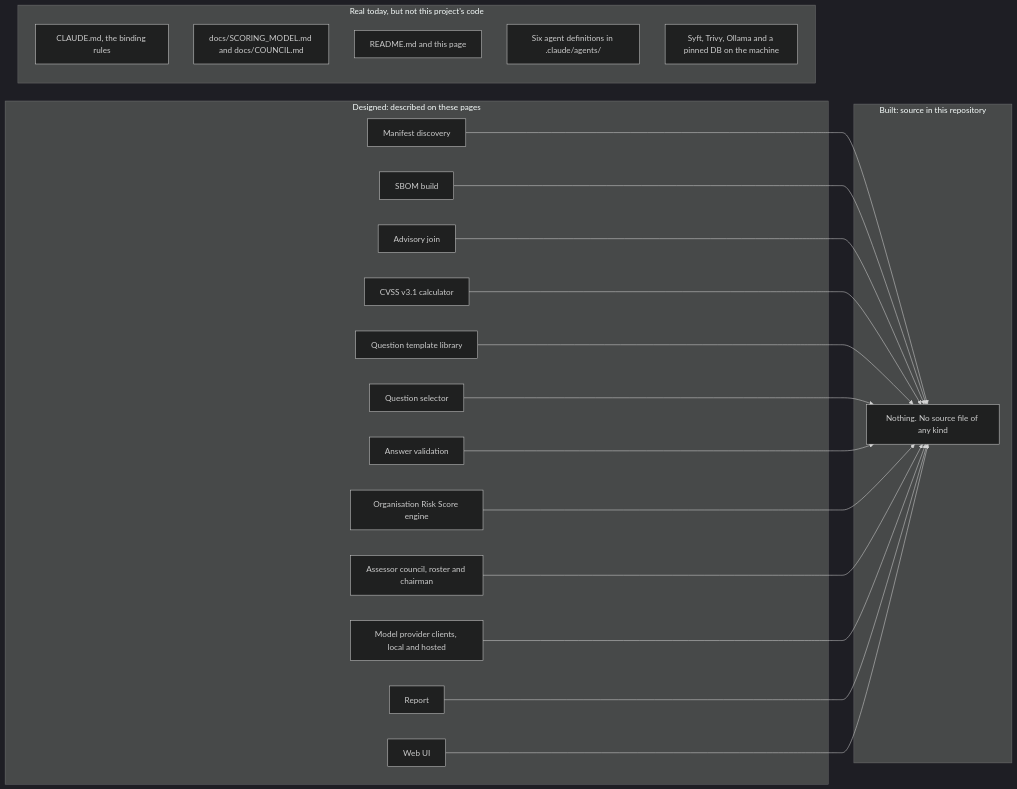
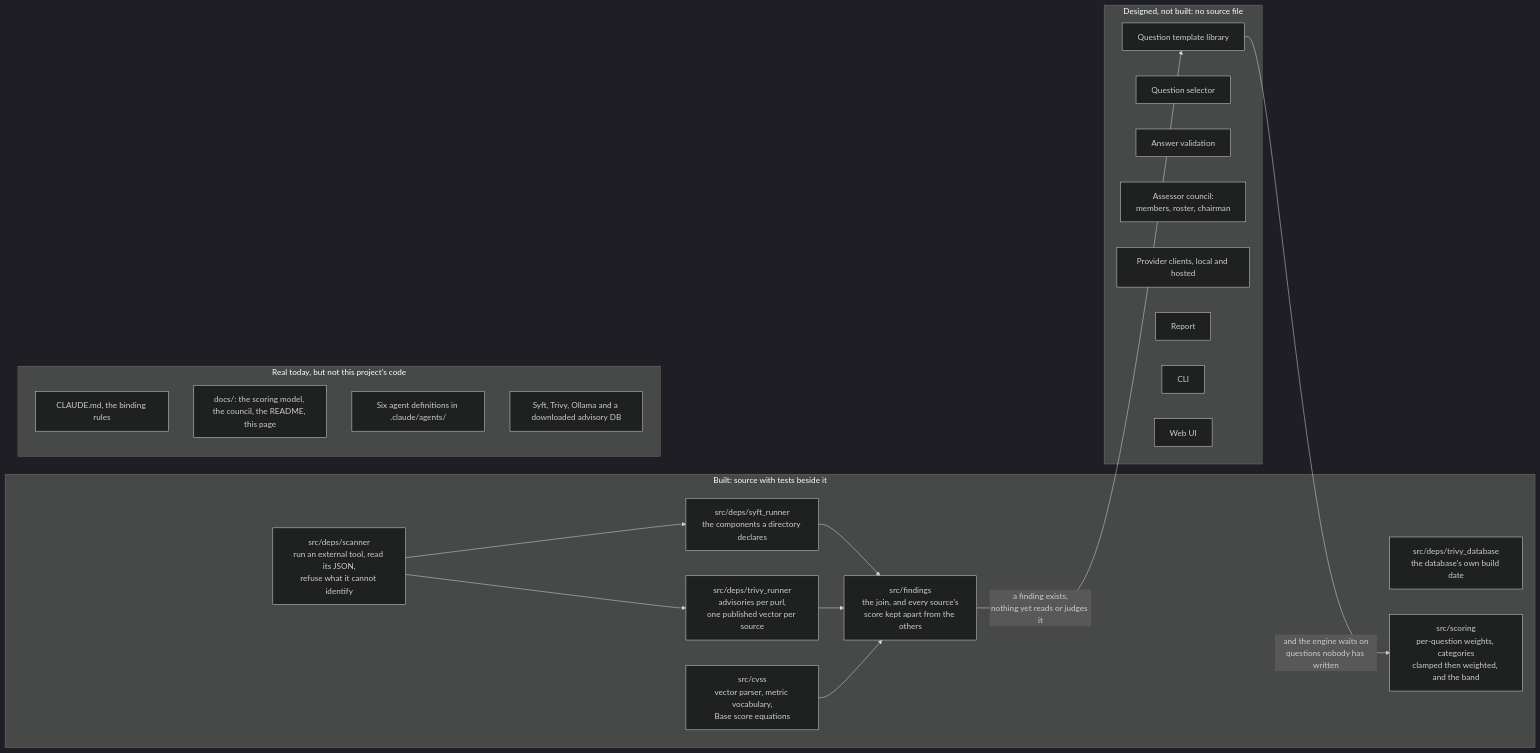
The fifth of 5 diagrams in docs/diagrams.md (heinthtnaung/AgenticLLMAppAuditor), drawn with Mermaid (dark theme) before and after one commit. The commit also changed other lines of this file and 14 other files, not shown here.

First line of the commit message:
Add the Organisation Risk Score engine

````diff
--- a/docs/diagrams.md
+++ b/docs/diagrams.md
@@ -279,42 +312,38 @@
 ```mermaid
 flowchart LR
-    subgraph DESIGNED["Designed: described on these pages"]
-        d1["Manifest discovery"]
-        d2["SBOM build"]
-        d3["Advisory join"]
-        d4["CVSS v3.1 calculator"]
-        d5["Question template library"]
-        d6["Question selector"]
-        d7["Answer validation"]
-        d8["Organisation Risk Score engine"]
-        d9["Assessor council, roster and chairman"]
-        d10["Model provider clients, local and hosted"]
-        d11["Report"]
-        d12["Web UI"]
+    subgraph BUILT["Built: source with tests beside it"]
+        b0["src/deps/scanner<br/>run an external tool, read its JSON,<br/>refuse what it cannot identify"]
+        b1["src/deps/syft_runner<br/>the components a directory declares"]
+        b2["src/deps/trivy_runner<br/>advisories per purl,<br/>one published vector per source"]
+        b3["src/deps/trivy_database<br/>the database's own build date"]
+        b4["src/cvss<br/>vector parser, metric vocabulary,<br/>Base score equations"]
+        b5["src/findings<br/>the join, and every source's<br/>score kept apart from the others"]
+        b6["src/scoring<br/>per-question weights, categories<br/>clamped then weighted, and the band"]
+        b0 --> b1
+        b0 --> b2
+        b1 --> b5
+        b2 --> b5
+        b4 --> b5
     end
 
-    subgraph BUILT["Built: source in this repository"]
-        non["Nothing. No source file of any kind"]
+    subgraph UNBUILT["Designed, not built: no source file"]
+        d1["Question template library"]
+        d2["Question selector"]
+        d3["Answer validation"]
+        d5["Assessor council:<br/>members, roster, chairman"]
+        d6["Provider clients, local and hosted"]
+        d7["Report"]
+        d8["CLI"]
+        d9["Web UI"]
     end
 
-    d1 --> non
-    d2 --> non
-    d3 --> non
-    d4 --> non
-    d5 --> non
-    d6 --> non
-    d7 --> non
-    d8 --> non
-    d9 --> non
-    d10 --> non
-    d11 --> non
-    d12 --> non
+    b5 -- "a finding exists,<br/>nothing yet reads or judges it" --> d1
+    d1 -- "and the engine waits on<br/>questions nobody has written" --> b6
 
     subgraph REAL["Real today, but not this project's code"]
         x1["CLAUDE.md, the binding rules"]
-        x2["docs/SCORING_MODEL.md and docs/COUNCIL.md"]
-        x3["README.md and this page"]
-        x4["Six agent definitions in .claude/agents/"]
-        x5["Syft, Trivy, Ollama and a pinned DB on the machine"]
+        x2["docs/: the scoring model, the council, the README, this page"]
+        x3["Six agent definitions in .claude/agents/"]
+        x4["Syft, Trivy, Ollama and a downloaded advisory DB"]
     end
 ```
````
